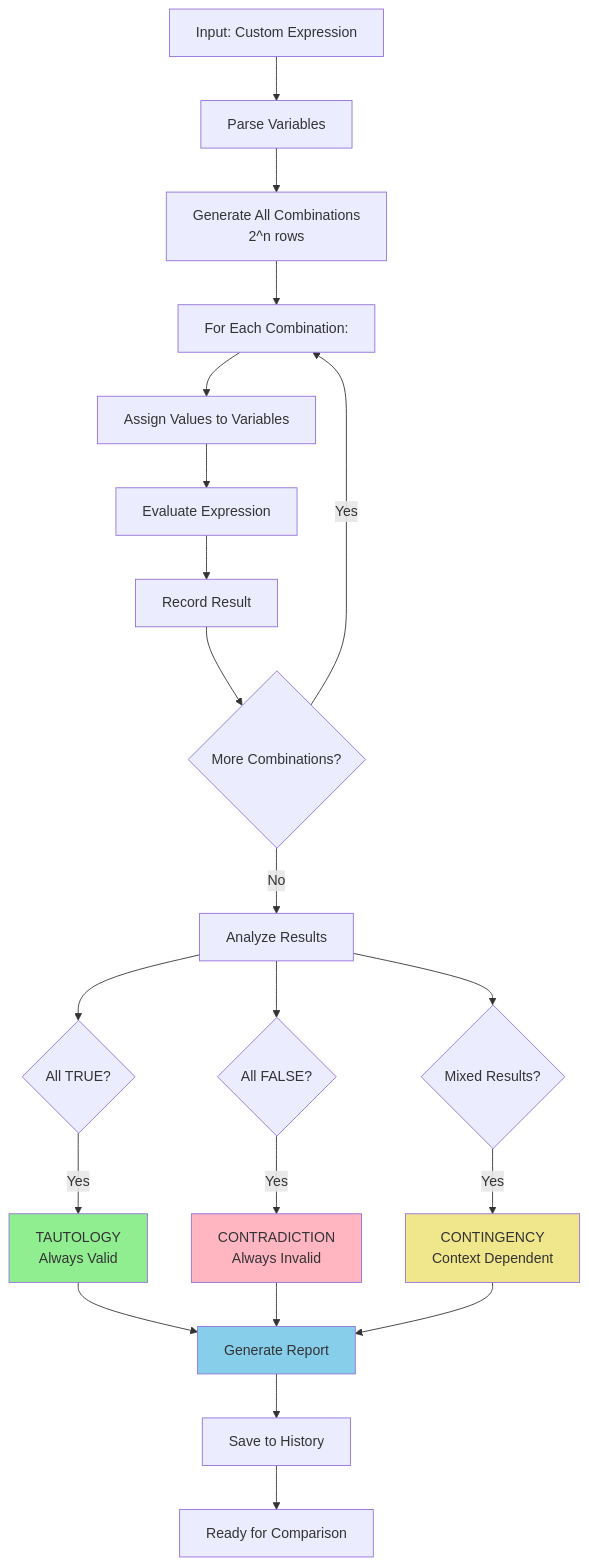
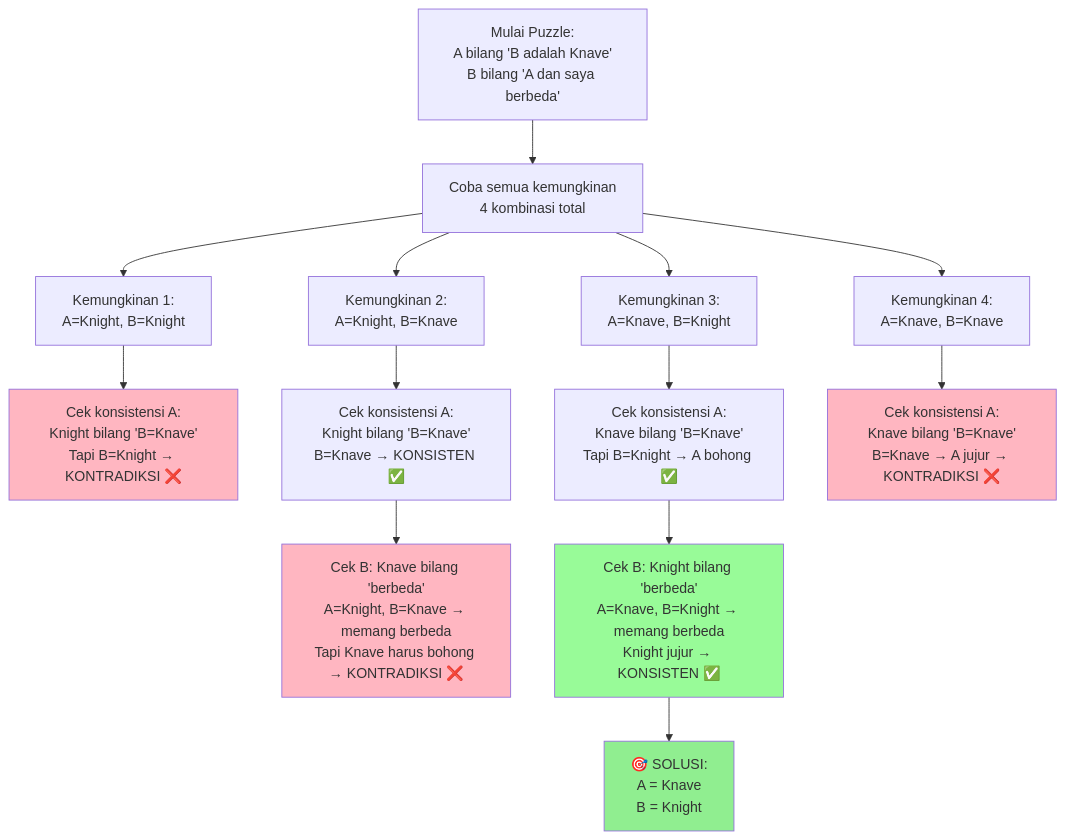
One commit to antonprafanto/logikamatematika changed the fifth of 5 diagrams in pertemuan2.md. Above: the diagram before and after it, drawn with Mermaid. The commit also changed other lines of this file, not shown here.

````diff
--- a/pertemuan2.md
+++ b/pertemuan2.md
@@ -813,34 +650,25 @@
 ```mermaid
 flowchart TD
-    A[Input: Custom Expression] --> B[Parse Variables]
-    B --> C[Generate All Combinations<br/>2^n rows]
+    A[Mulai Puzzle:<br/>A bilang 'B adalah Knave'<br/>B bilang 'A dan saya berbeda'] --> B[Coba semua kemungkinan<br/>4 kombinasi total]
     
-    C --> D[For Each Combination:]
-    D --> E[Assign Values to Variables]
-    E --> F[Evaluate Expression]
-    F --> G[Record Result]
+    B --> C[Kemungkinan 1:<br/>A=Knight, B=Knight]
+    B --> D[Kemungkinan 2:<br/>A=Knight, B=Knave]
+    B --> E[Kemungkinan 3:<br/>A=Knave, B=Knight]
+    B --> F[Kemungkinan 4:<br/>A=Knave, B=Knave]
     
-    G --> H{More Combinations?}
-    H -->|Yes| D
-    H -->|No| I[Analyze Results]
+    C --> G[Cek konsistensi A:<br/>Knight bilang 'B=Knave'<br/>Tapi B=Knight → KONTRADIKSI ❌]
+    D --> H[Cek konsistensi A:<br/>Knight bilang 'B=Knave'<br/>B=Knave → KONSISTEN ✅]
+    E --> I[Cek konsistensi A:<br/>Knave bilang 'B=Knave'<br/>Tapi B=Knight → A bohong ✅]
+    F --> J[Cek konsistensi A:<br/>Knave bilang 'B=Knave'<br/>B=Knave → A jujur → KONTRADIKSI ❌]
     
-    I --> J{All TRUE?}
-    I --> K{All FALSE?}
-    I --> L{Mixed Results?}
+    H --> K[Cek B: Knave bilang 'berbeda'<br/>A=Knight, B=Knave → memang berbeda<br/>Tapi Knave harus bohong → KONTRADIKSI ❌]
+    I --> L[Cek B: Knight bilang 'berbeda'<br/>A=Knave, B=Knight → memang berbeda<br/>Knight jujur → KONSISTEN ✅]
     
-    J -->|Yes| M[TAUTOLOGY<br/>Always Valid]
-    K -->|Yes| N[CONTRADICTION<br/>Always Invalid]
-    L -->|Yes| O[CONTINGENCY<br/>Context Dependent]
-    
-    M --> P[Generate Report]
-    N --> P
-    O --> P
-    
-    P --> Q[Save to History]
-    Q --> R[Ready for Comparison]
+    L --> M[🎯 SOLUSI:<br/>A = Knave<br/>B = Knight]
     
     style M fill:#90EE90
-    style N fill:#FFB6C1
-    style O fill:#F0E68C
-    style P fill:#87CEEB
+    style G fill:#FFB6C1
+    style K fill:#FFB6C1
+    style J fill:#FFB6C1
+    style L fill:#98FB98
 ```
````
